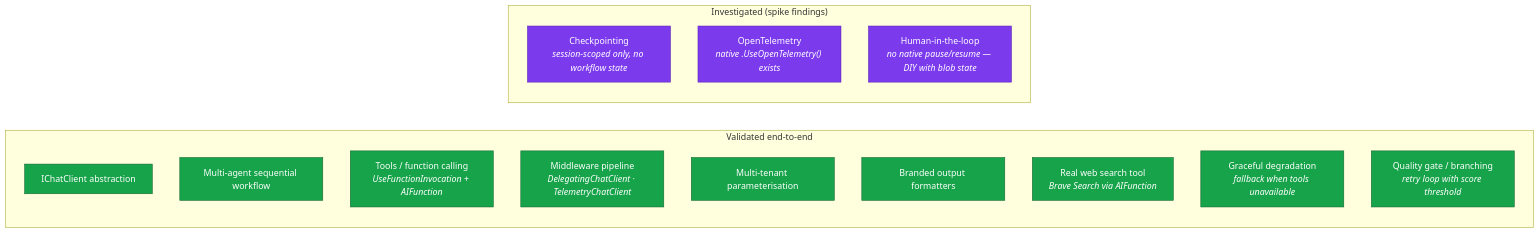
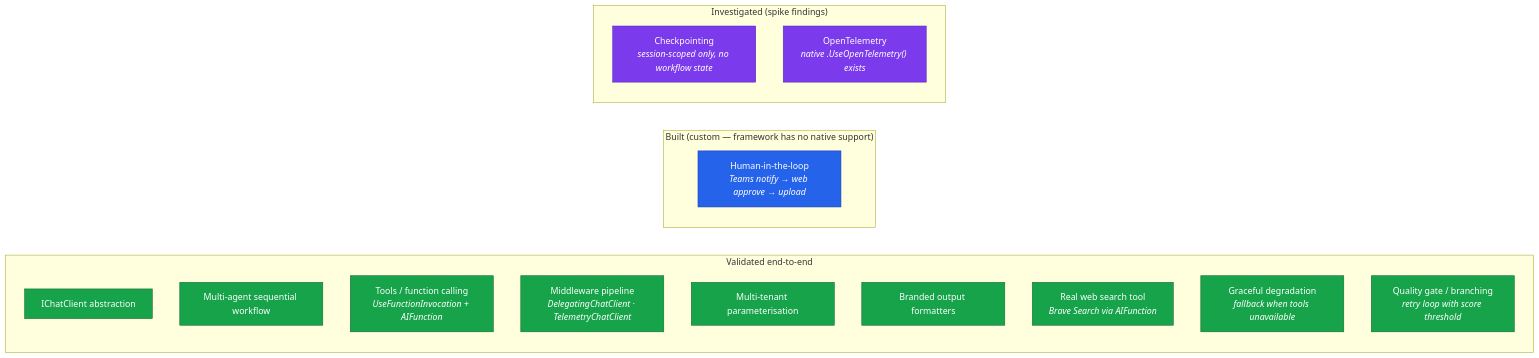
Before and after one commit to mondweep/vibe-cast: the second of 2 diagrams in README.md, drawn with Mermaid. The commit also changed other lines of this file and 1 other file, not shown here.

````diff
--- a/README.md
+++ b/README.md
@@ -75,26 +75,31 @@
 ```mermaid
 graph LR
     subgraph "Validated end-to-end"
         A1["IChatClient abstraction"]
         A2["Multi-agent sequential workflow"]
         A3["Tools / function calling<br/><i>UseFunctionInvocation + AIFunction</i>"]
         A4["Middleware pipeline<br/><i>DelegatingChatClient · TelemetryChatClient</i>"]
         A5["Multi-tenant parameterisation"]
         A6["Branded output formatters"]
         A7["Real web search tool<br/><i>Brave Search via AIFunction</i>"]
         A8["Graceful degradation<br/><i>fallback when tools unavailable</i>"]
         A9["Quality gate / branching<br/><i>retry loop with score threshold</i>"]
     end
 
+    subgraph "Built (custom — framework has no native support)"
+        A10["Human-in-the-loop<br/><i>Teams notify → web approve → upload</i>"]
+    end
+
     subgraph "Investigated (spike findings)"
         C1["Checkpointing<br/><i>session-scoped only, no workflow state</i>"]
         C2["OpenTelemetry<br/><i>native .UseOpenTelemetry() exists</i>"]
-        C3["Human-in-the-loop<br/><i>no native pause/resume — DIY with blob state</i>"]
     end
 
     classDef done fill:#16a34a,stroke:#166534,color:#fff
+    classDef custom fill:#2563eb,stroke:#1e40af,color:#fff
     classDef spiked fill:#7c3aed,stroke:#5b21b6,color:#fff
 
     class A1,A2,A3,A4,A5,A6,A7,A8,A9 done
-    class C1,C2,C3 spiked
+    class A10 custom
+    class C1,C2 spiked
 ```
````
